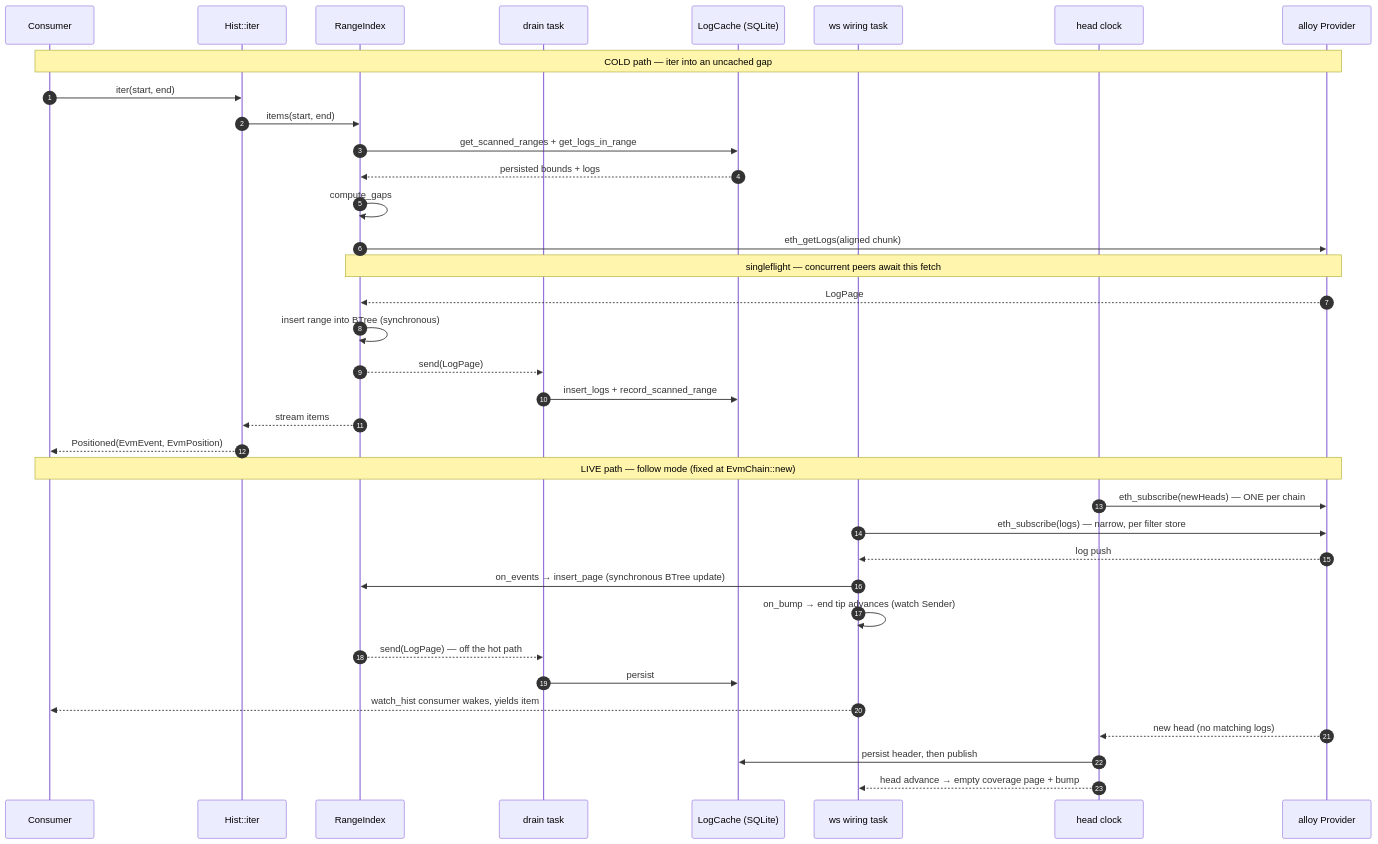
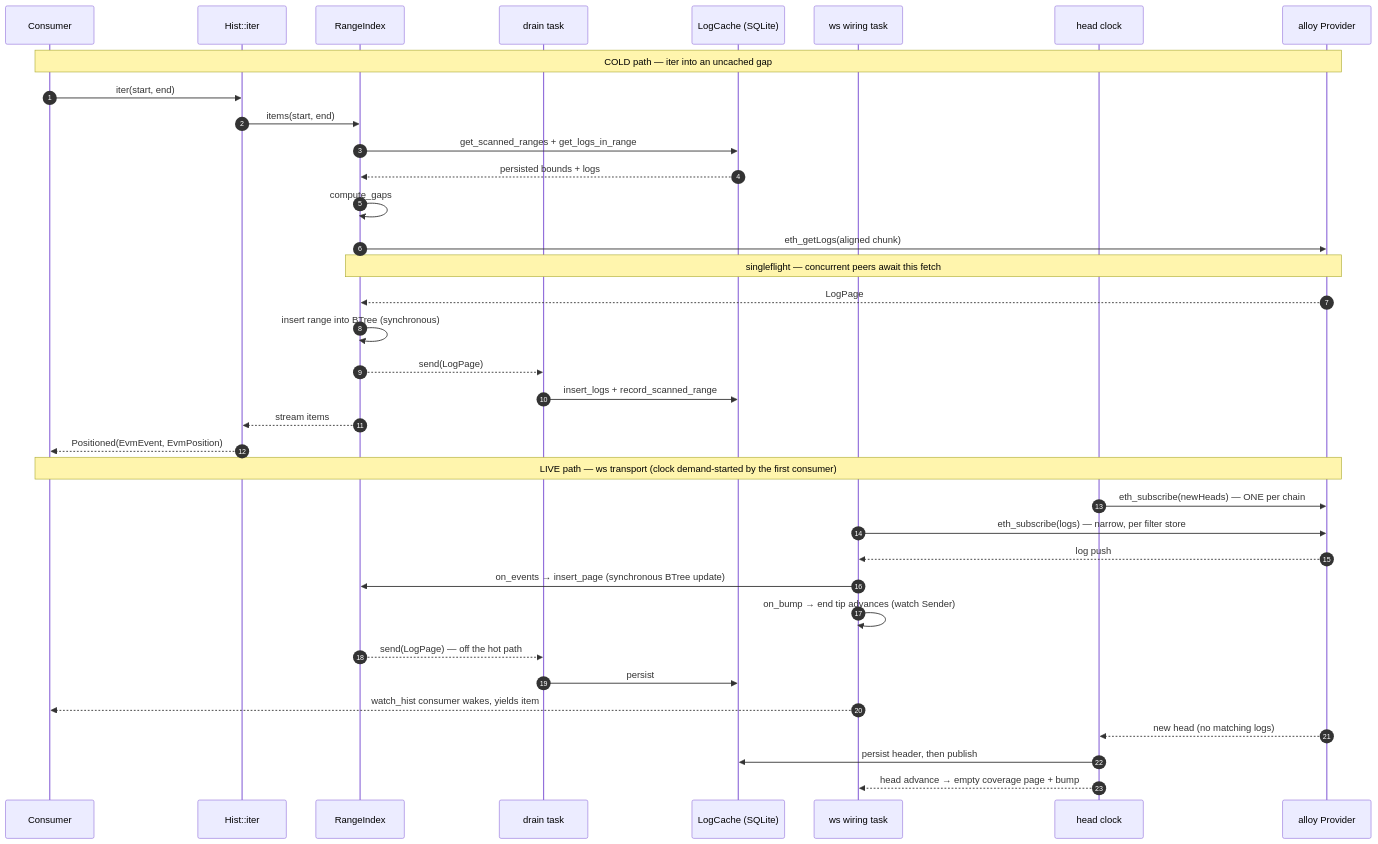
The eighth of 12 diagrams in docs/ARCHITECTURE.md (nikicat/chainfold), drawn with Mermaid before and after one commit. The commit also changed other lines of this file and 2 other files, not shown here.

First line of the commit message:
docs: demand-started head design in ARCHITECTURE + ledger; two follow-ups

````diff
--- a/docs/ARCHITECTURE.md
+++ b/docs/ARCHITECTURE.md
@@ -904,40 +922,40 @@
 ```mermaid
 sequenceDiagram
     autonumber
     participant App as Consumer
     participant Hist as Hist::iter
     participant Idx as RangeIndex
     participant Drain as drain task
     participant DB as LogCache (SQLite)
     participant Wire as ws wiring task
     participant Clock as head clock
     participant RPC as alloy Provider
 
     Note over App,RPC: COLD path — iter into an uncached gap
     App->>Hist: iter(start, end)
     Hist->>Idx: items(start, end)
     Idx->>DB: get_scanned_ranges + get_logs_in_range
     DB-->>Idx: persisted bounds + logs
     Idx->>Idx: compute_gaps
     Idx->>RPC: eth_getLogs(aligned chunk)
     Note over Idx,RPC: singleflight — concurrent peers await this fetch
     RPC-->>Idx: LogPage
     Idx->>Idx: insert range into BTree (synchronous)
     Idx-->>Drain: send(LogPage)
     Drain->>DB: insert_logs + record_scanned_range
     Idx-->>Hist: stream items
     Hist-->>App: Positioned(EvmEvent, EvmPosition)
 
-    Note over App,RPC: LIVE path — follow mode (fixed at EvmChain::new)
+    Note over App,RPC: LIVE path — ws transport (clock demand-started by the first consumer)
     Clock->>RPC: eth_subscribe(newHeads) — ONE per chain
     Wire->>RPC: eth_subscribe(logs) — narrow, per filter store
     RPC-->>Wire: log push
     Wire->>Idx: on_events → insert_page (synchronous BTree update)
     Wire->>Wire: on_bump → end tip advances (watch Sender)
     Idx-->>Drain: send(LogPage) — off the hot path
     Drain->>DB: persist
     Wire-->>App: watch_hist consumer wakes, yields item
     RPC-->>Clock: new head (no matching logs)
     Clock->>DB: persist header, then publish
     Clock-->>Wire: head advance → empty coverage page + bump
 ```
````
